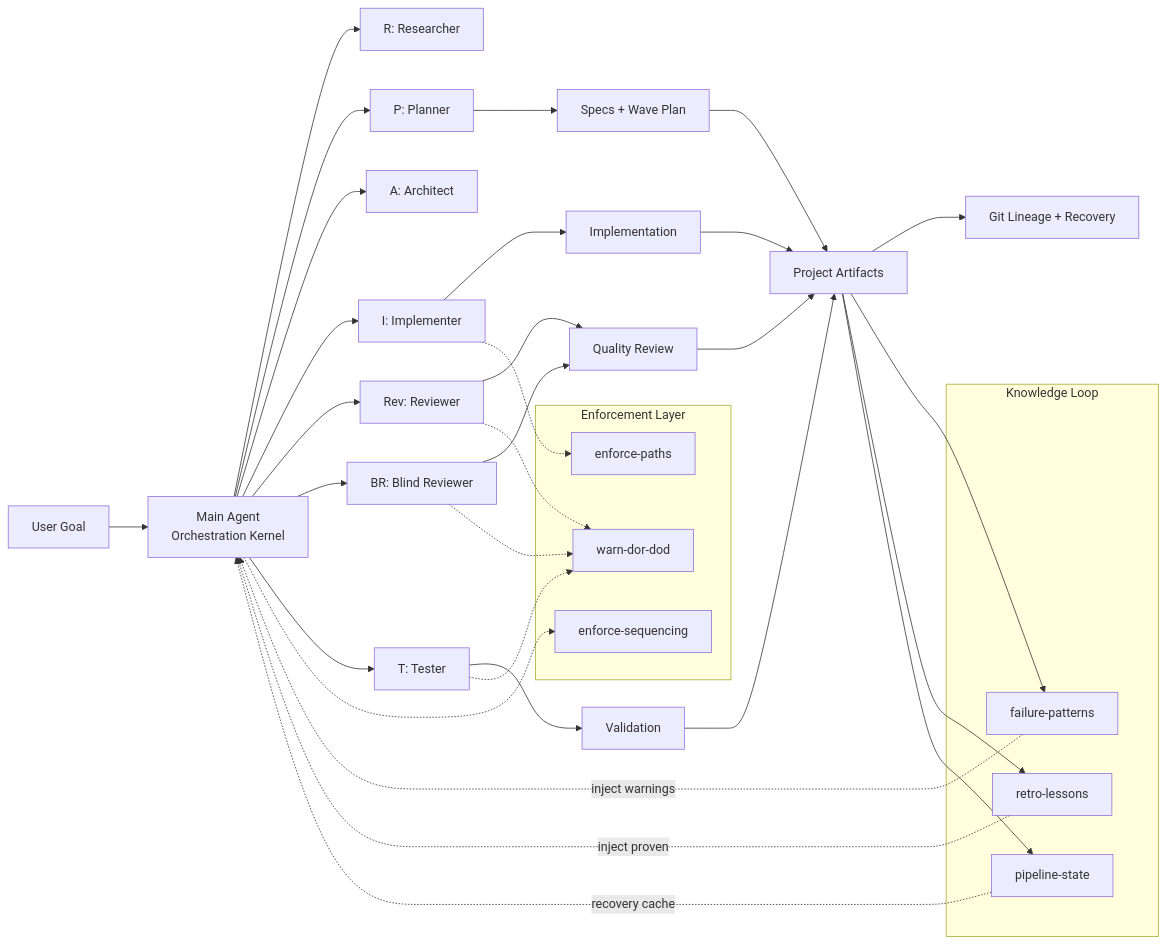
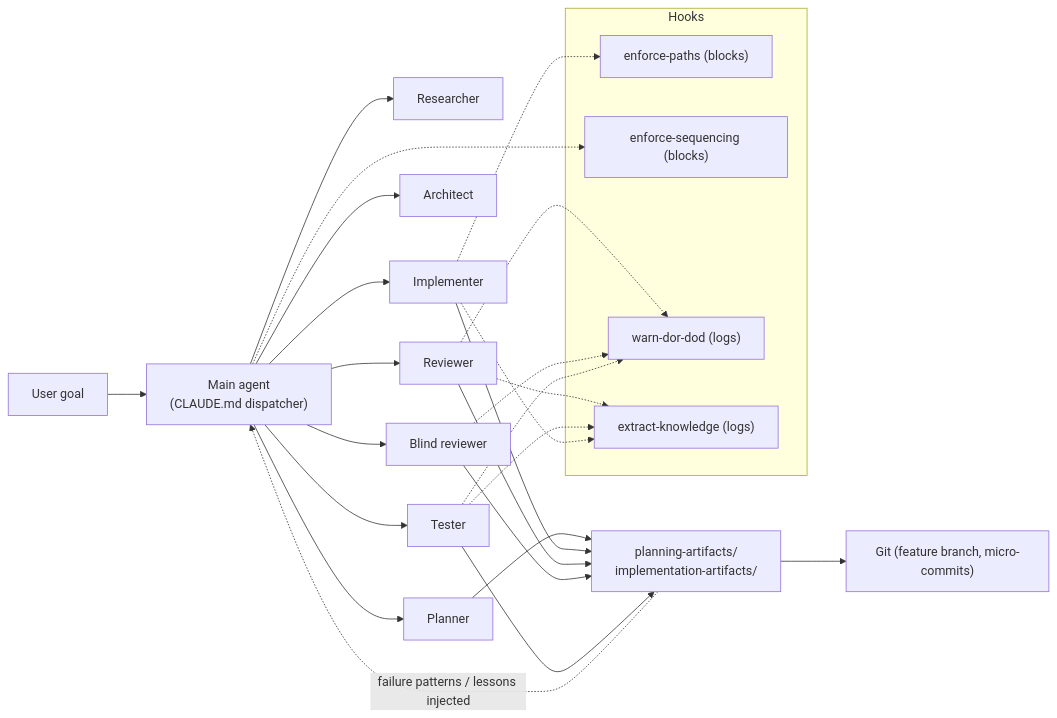
The diagram in README.md (vospr/context-engineering-template), drawn with Mermaid before and after one commit. The commit also changed other lines of this file and 32 other files, not shown here.

````diff
--- a/README.md
+++ b/README.md
@@ -60,50 +79,18 @@
 ```mermaid
 flowchart LR
-    U["User Goal"] --> M["Main Agent<br/>Orchestration Kernel"]
-
-    M --> R["R: Researcher"]
-    M --> P["P: Planner"]
-    M --> A["A: Architect"]
-    M --> I["I: Implementer"]
-    M --> RV["Rev: Reviewer"]
-    M --> BR["BR: Blind Reviewer"]
-    M --> T["T: Tester"]
-
-    P --> S["Specs + Wave Plan"]
-    I --> X["Implementation"]
-    RV --> Q["Quality Review"]
-    BR --> Q
-    T --> V["Validation"]
-
-    S --> O["Project Artifacts"]
-    X --> O
-    Q --> O
-    V --> O
-
-    O --> G["Git Lineage + Recovery"]
-
-    subgraph "Enforcement Layer"
-        EP["enforce-paths"]
-        ES["enforce-sequencing"]
-        DD["warn-dor-dod"]
+    U["User goal"] --> M["Main agent<br/>(CLAUDE.md dispatcher)"]
+    M --> R["Researcher"] & P["Planner"] & A["Architect"] & I["Implementer"] & RV["Reviewer"] & BR["Blind reviewer"] & T["Tester"]
+    P & I & RV & BR & T --> O["planning-artifacts/<br/>implementation-artifacts/"]
+    O --> G["Git (feature branch, micro-commits)"]
+    O -.->|"failure patterns / lessons injected"| M
+    subgraph Hooks
+      EP["enforce-paths (blocks)"]
+      ES["enforce-sequencing (blocks)"]
+      DD["warn-dor-dod (logs)"]
+      EK["extract-knowledge (logs)"]
     end
-
     I -.-> EP
     M -.-> ES
-    RV -.-> DD
-    BR -.-> DD
-    T -.-> DD
-
-    subgraph "Knowledge Loop"
-        FP["failure-patterns"]
-        RL["retro-lessons"]
-        PS["pipeline-state"]
-    end
-
-    O --> FP
-    O --> RL
-    O --> PS
-    FP -.->|"inject warnings"| M
-    RL -.->|"inject proven"| M
-    PS -.->|"recovery cache"| M
+    RV & BR & T -.-> DD
+    RV & T & I -.-> EK
 ```
````
